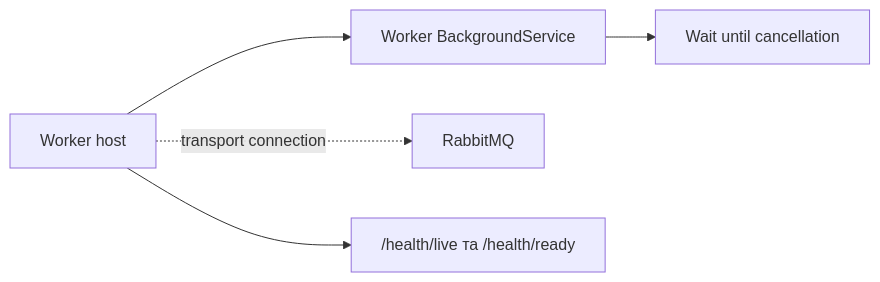
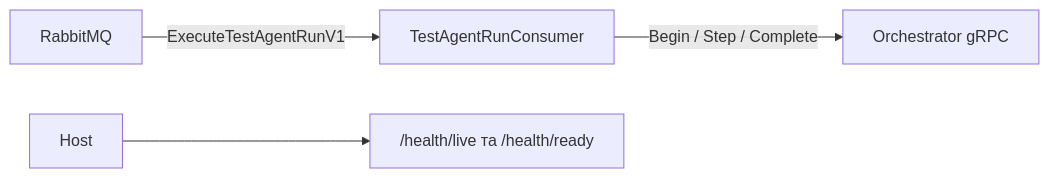
Before and after one commit to SqeeZarion/AiControlCenter: the diagram in src/Services/Worker/AiControlCenter.Worker.Service/README.md, drawn with Mermaid. The commit also changed other lines of this file and 133 other files, not shown here.

````diff
--- a/src/Services/Worker/AiControlCenter.Worker.Service/README.md
+++ b/src/Services/Worker/AiControlCenter.Worker.Service/README.md
@@ -7,7 +7,6 @@
 ```mermaid
 flowchart LR
-    Host["Worker host"] --> Background["Worker BackgroundService"]
-    Background --> Wait["Wait until cancellation"]
-    Host -.->|"transport connection"| RabbitMQ["RabbitMQ"]
+    RabbitMQ["RabbitMQ"] -->|"ExecuteTestAgentRunV1"| Consumer["TestAgentRunConsumer"]
+    Consumer -->|"Begin / Step / Complete"| Orchestrator["Orchestrator gRPC"]
     Host --> Health["/health/live та /health/ready"]
 ```
````
